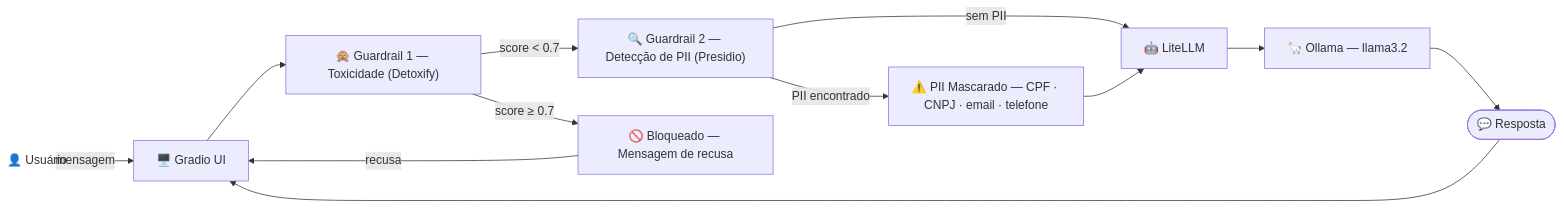
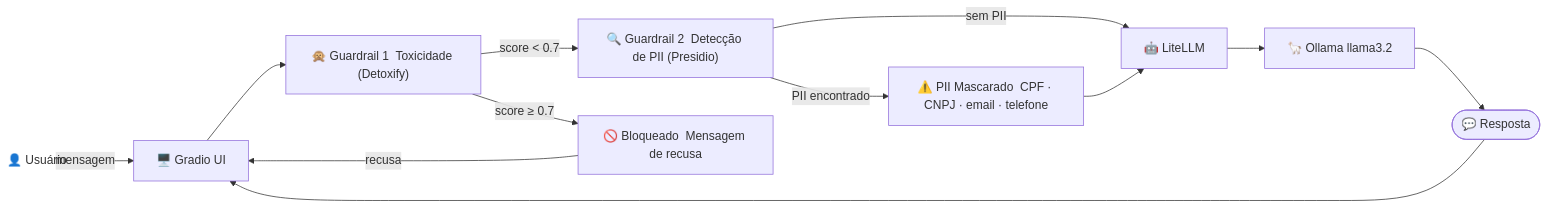
The diagram in README.md (glmrleite/responsable-ai), drawn with Mermaid before and after one commit. The commit also changed other lines of this file and 1 other file, not shown here.

````diff
--- a/README.md
+++ b/README.md
@@ -58,26 +58,26 @@
 ```mermaid
 flowchart LR
     U(["👤 Usuário"])
     UI["🖥️ Gradio UI"]
-    T["🙊 Guardrail 1 — Toxicidade (Detoxify)"]
-    P["🔍 Guardrail 2 — Detecção de PII (Presidio)"]
-    BLOCK["🚫 Bloqueado — Mensagem de recusa"]
-    MASK["⚠️ PII Mascarado — CPF · CNPJ · email · telefone"]
+    T["🙊 Guardrail 1  Toxicidade (Detoxify)"]
+    P["🔍 Guardrail 2  Detecção de PII (Presidio)"]
+    BLOCK["🚫 Bloqueado  Mensagem de recusa"]
+    MASK["⚠️ PII Mascarado  CPF · CNPJ · email · telefone"]
     LLM["🤖 LiteLLM"]
-    OL["🦙 Ollama — llama3.2"]
+    OL["🦙 Ollama  llama3.2"]
     R(["💬 Resposta"])
 
     U -->|mensagem| UI
     UI --> T
     T -->|score ≥ 0.7| BLOCK
     BLOCK -->|recusa| UI
     T -->|score < 0.7| P
     P -->|PII encontrado| MASK
     P -->|sem PII| LLM
     MASK --> LLM
     LLM --> OL
     OL --> R
     R --> UI
 
     style U fill:none,stroke:none
 ```
````
